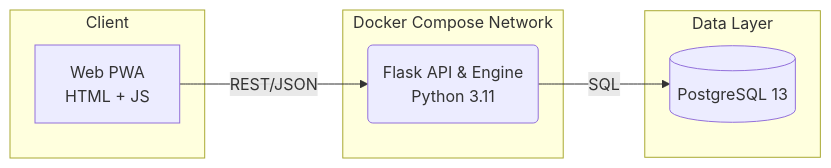
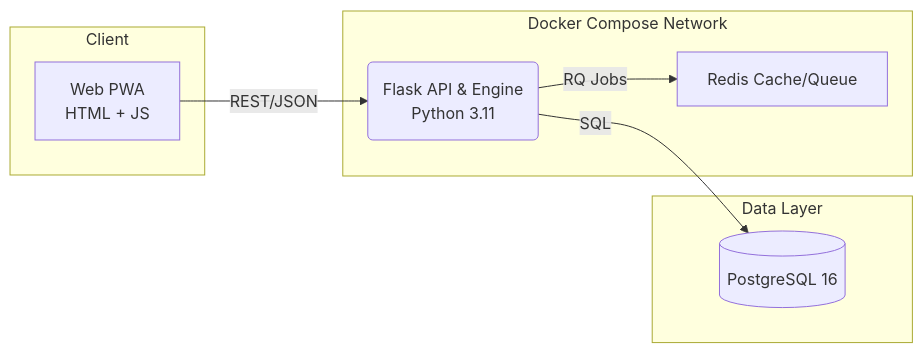
Before and after one commit to FelixFuhs/GymGenius: the diagram in ARCHITECTURE.md, drawn with Mermaid. The commit also changed other lines of this file and 11 other files, not shown here.

````diff
--- a/ARCHITECTURE.md
+++ b/ARCHITECTURE.md
@@ -7,15 +7,17 @@
 ```mermaid
 flowchart LR
     subgraph Client
         A[Web PWA<br/>HTML + JS]
     end
     subgraph Docker Compose Network
         B(Flask API & Engine<br/>Python 3.11)
+        R[Redis Cache/Queue]
     end
     subgraph Data Layer
-        E[(PostgreSQL 13)]
+        E[(PostgreSQL 16)]
     end
 
     A -- REST/JSON --> B
     B -- SQL --> E
+    B -- RQ Jobs --> R
 ```
````
